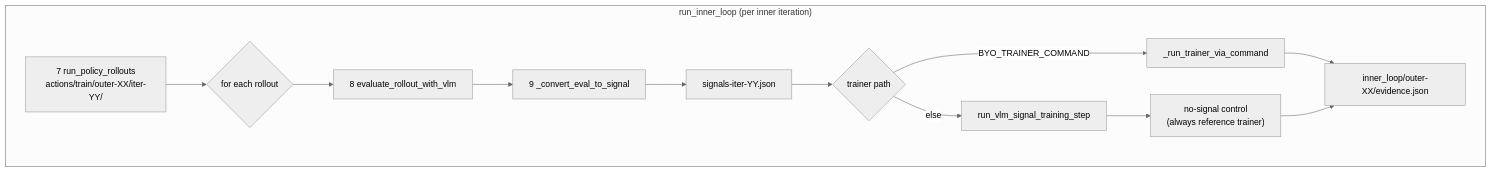
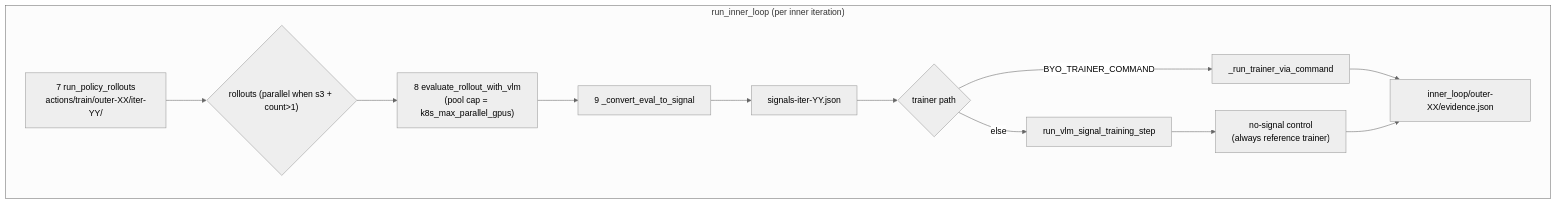
The fourth of 6 diagrams in docs/workbench/guides/sim2real-architecture.md (nebius/nebius-physical-ai), drawn with Mermaid (neutral theme) before and after one commit. The commit also changed other lines of this file and 20 other files, not shown here.

First line of the commit message:
feat(sim2real): parallel GPU sibling jobs for VLM and envgen sharding

````diff
--- a/docs/workbench/guides/sim2real-architecture.md
+++ b/docs/workbench/guides/sim2real-architecture.md
@@ -126,16 +130,16 @@
 ```mermaid
 flowchart TD
   subgraph inner["run_inner_loop (per inner iteration)"]
     AR["7 run_policy_rollouts<br/>actions/train/outer-XX/iter-YY/"]
-    AR --> PER{"for each rollout"}
-    PER --> VLM["8 evaluate_rollout_with_vlm"]
+    AR --> PER{"rollouts (parallel when s3 + count>1)"}
+    PER --> VLM["8 evaluate_rollout_with_vlm<br/>(pool cap = k8s_max_parallel_gpus)"]
     VLM --> SIG["9 _convert_eval_to_signal"]
     SIG --> BATCH["signals-iter-YY.json"]
     BATCH --> TRAIN{"trainer path"}
     TRAIN -->|BYO_TRAINER_COMMAND| BYOT["_run_trainer_via_command"]
     TRAIN -->|else| REF["run_vlm_signal_training_step"]
     REF --> CTRL["no-signal control<br/>(always reference trainer)"]
     BYOT --> EVID
     CTRL --> EVID["inner_loop/outer-XX/evidence.json"]
   end
 ```
````
